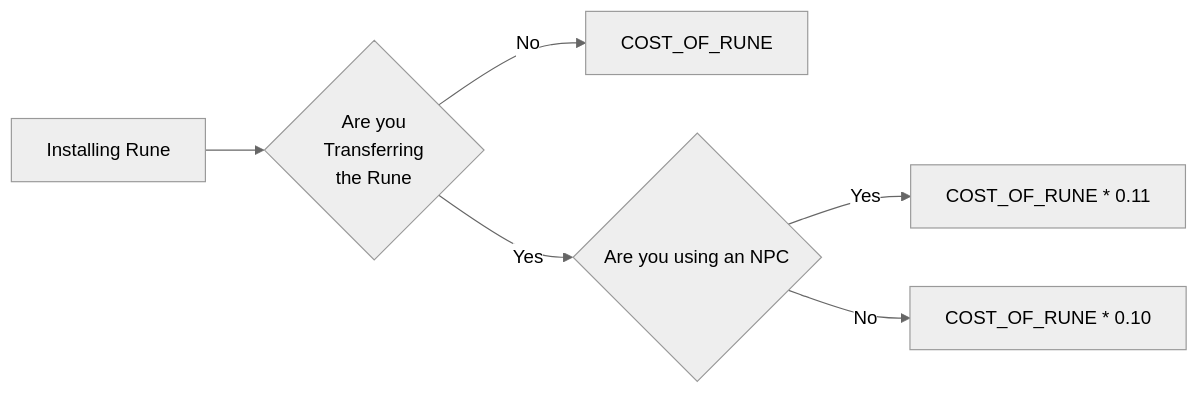
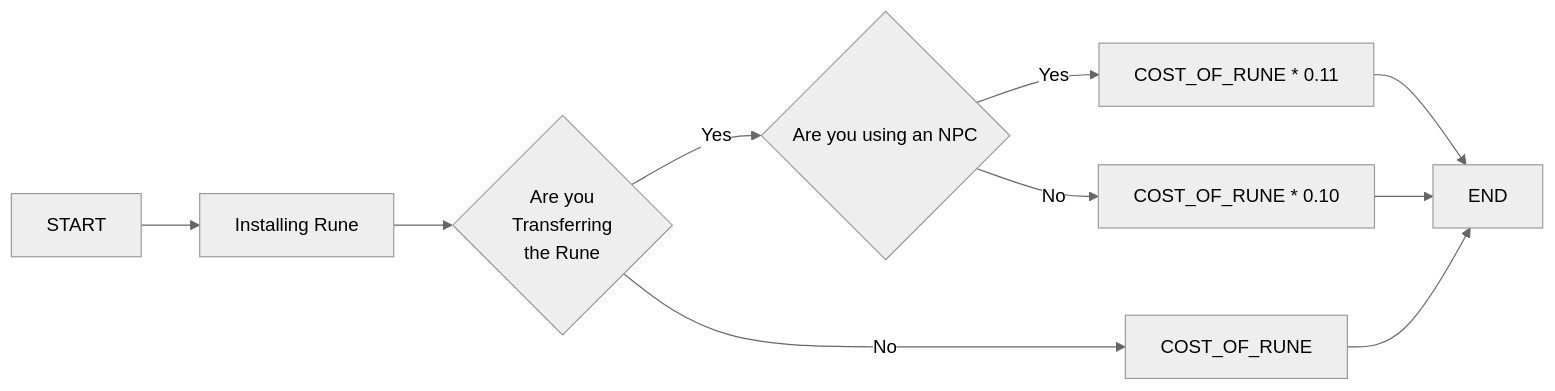
Before and after one commit to speck0413/notes: the first of 2 diagrams in PF2E/Strength of Thousands/Flow Charts/Rune Guide.md, drawn with Mermaid (neutral theme).

Commit message:
July 7, 2022 5:46 PM

````diff
--- a/PF2E/Strength of Thousands/Flow Charts/Rune Guide.md
+++ b/PF2E/Strength of Thousands/Flow Charts/Rune Guide.md
@@ -3,16 +3,21 @@
 ```mermaid
 
 flowchart LR
 
 NPC_COST[COST_OF_RUNE * 0.11]
 PC_COST[COST_OF_RUNE * 0.10]
 RUNE_COST[COST_OF_RUNE]
 
+START-->
 State1[Installing Rune] --> Transfer{Are you <br> Transferring <br> the Rune}
-
 Transfer-->|Yes|UsingNPC{Are you using an NPC}
 UsingNPC-->|Yes|NPC_COST
+-->END
+
 UsingNPC-->|No|PC_COST
+-->END
+
 Transfer-->|No|RUNE_COST
+-->END
 
 ```
````
